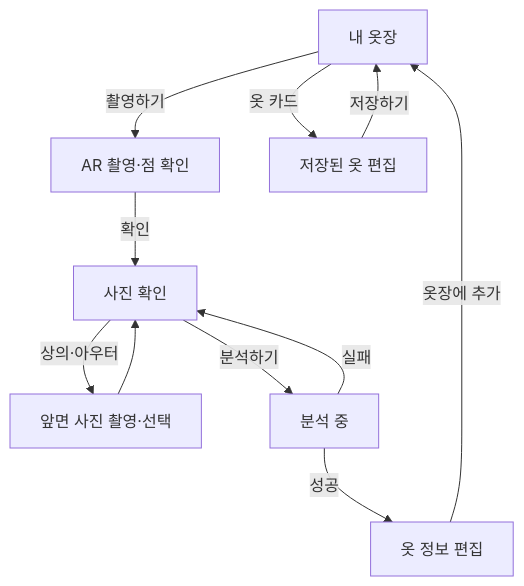
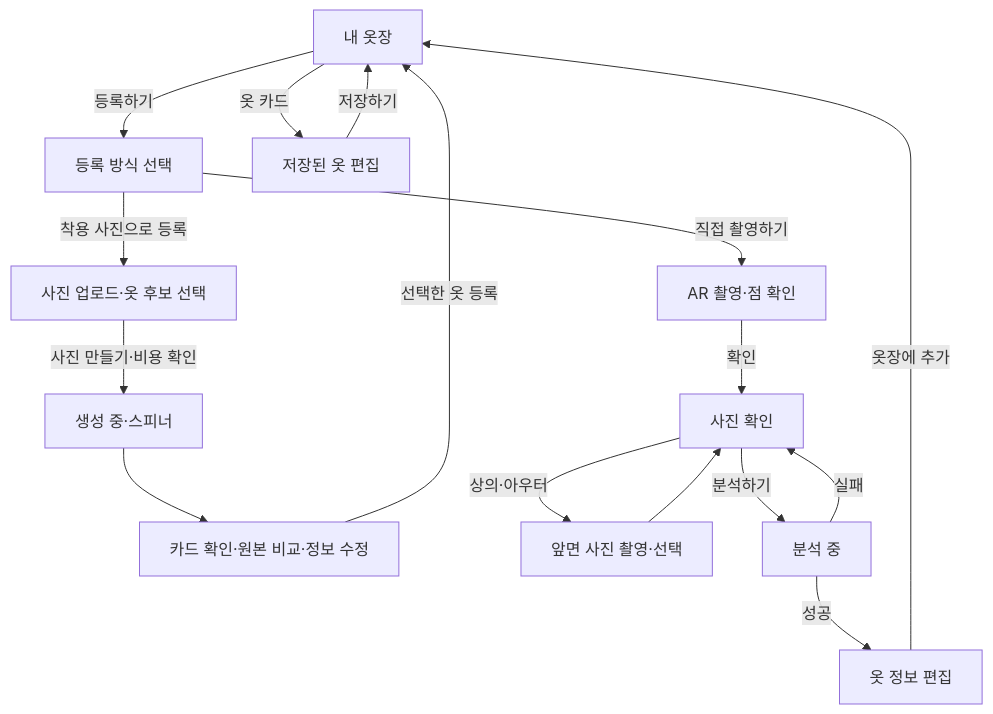
Before and after one commit to snuhcs-course/swpp-2026-project-team-14: the diagram in docs/wardrobe/design.md, drawn with Mermaid. The commit also changed other lines of this file and 4 other files, not shown here.

````diff
--- a/docs/wardrobe/design.md
+++ b/docs/wardrobe/design.md
@@ -13,13 +13,18 @@
 ```mermaid
 flowchart TD
-    A[내 옷장] -->|촬영하기| B[AR 촬영·점 확인]
+    A[내 옷장] -->|등록하기| R[등록 방식 선택]
+    R -->|직접 촬영하기| B[AR 촬영·점 확인]
+    R -->|착용 사진으로 등록| W[사진 업로드·옷 후보 선택]
+    W -->|사진 만들기·비용 확인| V[생성 중·스피너]
+    V --> Q[카드 확인·원본 비교·정보 수정]
+    Q -->|선택한 옷 등록| A
     B -->|확인| C[사진 확인]
     C -->|상의·아우터| G[앞면 사진 촬영·선택]
     G --> C
     C -->|분석하기| D[분석 중]
     D -->|성공| E[옷 정보 편집]
     D -->|실패| C
     E -->|옷장에 추가| A
     A -->|옷 카드| F[저장된 옷 편집]
     F -->|저장하기| A
 ```
````
